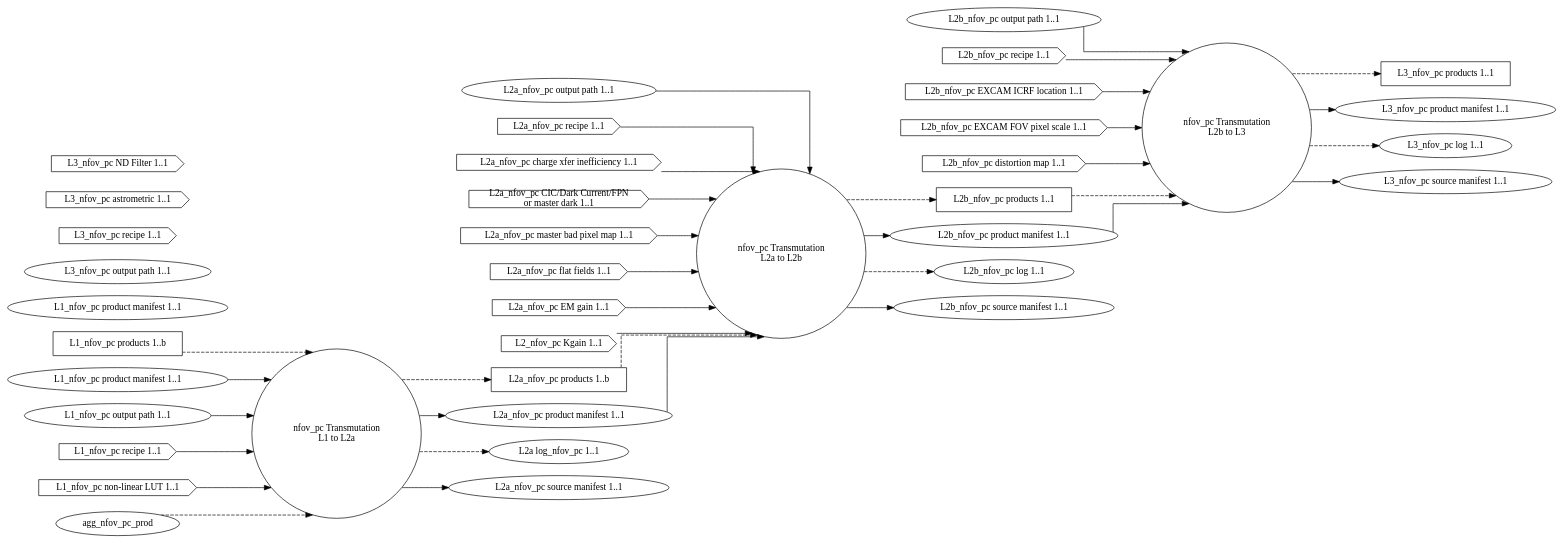
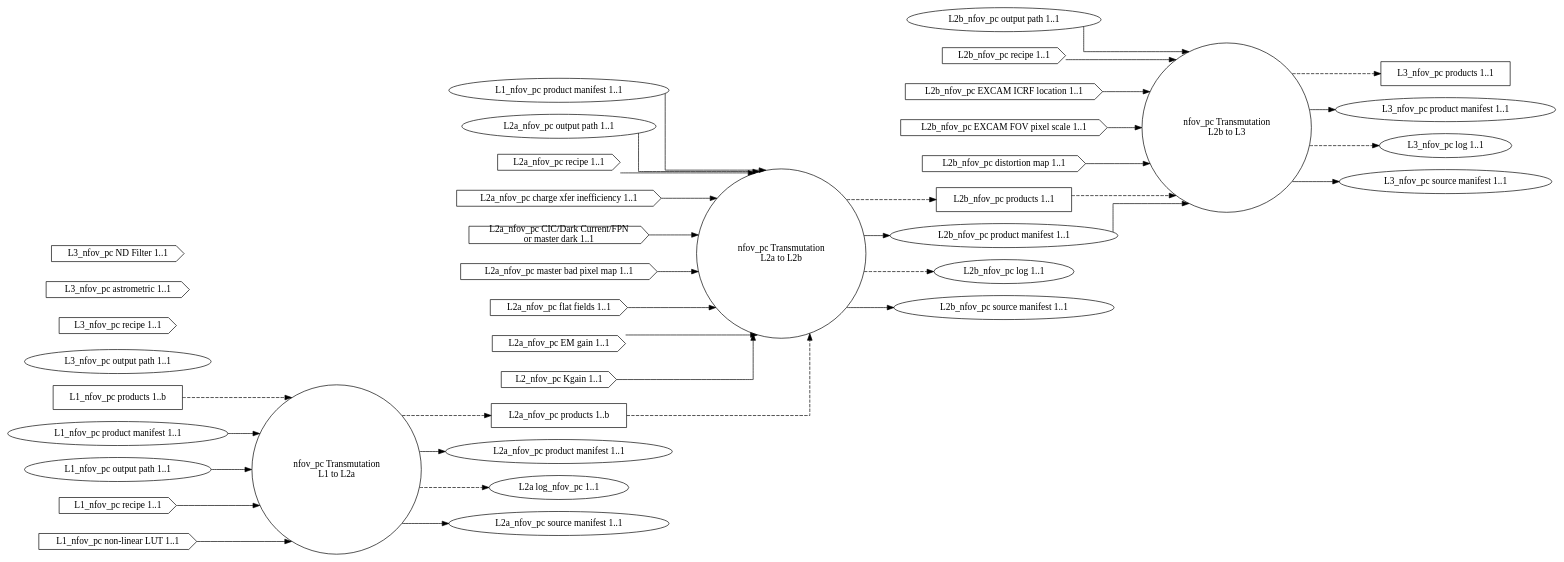
The diagram in dip/basis/ch_nfov_pc.dot (roman-corgi/ctc-dip), drawn with Graphviz before and after one commit. The commit also changed 2 other files, not shown here.

```diff
--- a/dip/basis/ch_nfov_pc.dot
+++ b/dip/basis/ch_nfov_pc.dot
@@ -1,80 +1,79 @@
 digraph NarrowFieldOfViewPhotonCount {
 graph [splines="ortho", rankdir=LR];
 trans_nfov_pc_l1_l2a [label="nfov_pc Transmutation\nL1 to L2a", shape="circle", runname="l1.transmutation_nfov_pc", runtype="dawgie.Algorithm", fsmtype="dip.base.Runner"];
 trans_nfov_pc_l2a_l2b [label="nfov_pc Transmutation\nL2a to L2b", shape="circle", runname="l2a.transmutation_nfov_pc", runtype="dawgie.Algorithm", fsmtype="dip.base.Runner"];
 trans_nfov_pc_l2b_l3 [label="nfov_pc Transmutation\nL2b to L3", shape="circle", runname="l2b.transmutation_nfov_pc", runtype="dawgie.Algorithm", fsmtype="dip.base.Runner"];
 
 l1_nfov_pc_prod [label="L1_nfov_pc products 1..b", shape="rectangle"];
 l1_nfov_pc_man [label="L1_nfov_pc product manifest 1..1", shape="ellipse"];
 agg_nfov_pc_man [label="L1_nfov_pc product manifest 1..1", shape="ellipse"];
 l1_nfov_pc_odir [label="L1_nfov_pc output path 1..1", shape="ellipse"];
 l1_nfov_pc_rec [label="L1_nfov_pc recipe 1..1", shape="cds"];
 l1_nfov_pc_nllut [label="L1_nfov_pc non-linear LUT 1..1", shape="cds"];
 l2a_nfov_pc_prod [label="L2a_nfov_pc products 1..b", shape="rectangle"];
 l2a_nfov_pc_man [label="L2a_nfov_pc product manifest 1..1", shape="ellipse", valname="l1.transmutation_nfov_pc.product.manifest", valtype="dip.base.Manifest"];
 l2a_nfov_pc_odir [label="L2a_nfov_pc output path 1..1", shape="ellipse"];
 l2a_nfov_pc_rec [label="L2a_nfov_pc recipe 1..1", shape="cds"];
 l2a_nfov_pc_cti [label="L2a_nfov_pc charge xfer inefficiency 1..1", shape="cds"];
 l2a_nfov_pc_dnb [label="L2a_nfov_pc CIC/Dark Current/FPN\n or master dark 1..1", shape="cds"];
 l2a_nfov_pc_mbpm [label="L2a_nfov_pc master bad pixel map 1..1", shape="cds"];
 l2a_nfov_pc_ff [label="L2a_nfov_pc flat fields 1..1", shape="cds"];
 l2a_nfov_pc_emg [label="L2a_nfov_pc EM gain 1..1", shape="cds"];
 l2a_nfov_pc_kgain [label="L2_nfov_pc Kgain 1..1", shape="cds"];
 l2a_nfov_pc_log [label="L2a log_nfov_pc 1..1", shape="ellipse"];
 l2b_nfov_pc_prod [label="L2b_nfov_pc products 1..1", shape="rectangle"];
 l2b_nfov_pc_man [label="L2b_nfov_pc product manifest 1..1", shape="ellipse", valname="l2a.transmutation_nfov_pc.product.manifest", valtype="dip.base.Manifest"];
 l2b_nfov_pc_odir [label="L2b_nfov_pc output path 1..1", shape="ellipse"];
 l2b_nfov_pc_rec [label="L2b_nfov_pc recipe 1..1", shape="cds"];
 l2b_nfov_pc_excicrf [label="L2b_nfov_pc EXCAM ICRF location 1..1", shape="cds"];
 l2b_nfov_pc_excfovps [label="L2b_nfov_pc EXCAM FOV pixel scale 1..1", shape="cds"];
 l2b_nfov_pc_distm [label="L2b_nfov_pc distortion map 1..1", shape="cds"];
 l2b_nfov_pc_log [label="L2b_nfov_pc log 1..1", shape="ellipse"];
 l3_nfov_pc_prod [label="L3_nfov_pc products 1..1", shape="rectangle"];
 l3_nfov_pc_odir [label="L3_nfov_pc output path 1..1", shape="ellipse"];
 l3_nfov_pc_man [label="L3_nfov_pc product manifest 1..1", shape="ellipse", valname="l2b.transmutation_nfov_pc.product.manifest", valtype="dip.base.Manifest"];
 l3_nfov_pc_rec [label="L3_nfov_pc recipe 1..1", shape="cds"];
 l3_nfov_pc_ast [label="L3_nfov_pc astrometric 1..1", shape="cds"];
 l3_nfov_pc_ndf [label="L3_nfov_pc ND Filter 1..1", shape="cds"];
 l3_nfov_pc_log [label="L3_nfov_pc log 1..1", shape="ellipse"];
 
 l1_nfov_pc_prod -> trans_nfov_pc_l1_l2a [style="dashed"];
-agg_nfov_pc_prod -> trans_nfov_pc_l1_l2a [style="dashed"];
 l1_nfov_pc_man -> trans_nfov_pc_l1_l2a;
 l1_nfov_pc_odir -> trans_nfov_pc_l1_l2a;
 l1_nfov_pc_rec -> trans_nfov_pc_l1_l2a;
 l1_nfov_pc_nllut -> trans_nfov_pc_l1_l2a;
 trans_nfov_pc_l1_l2a -> l2a_nfov_pc_prod [style="dashed"];
 trans_nfov_pc_l1_l2a -> l2a_nfov_pc_man;
 trans_nfov_pc_l1_l2a -> l2a_nfov_pc_log [style="dashed"];
 l2a_nfov_pc_prod -> trans_nfov_pc_l2a_l2b [style="dashed"];
 l2a_nfov_pc_kgain -> trans_nfov_pc_l2a_l2b;
 l2a_nfov_pc_odir -> trans_nfov_pc_l2a_l2b;
 l2a_nfov_pc_rec -> trans_nfov_pc_l2a_l2b;
 l2a_nfov_pc_cti -> trans_nfov_pc_l2a_l2b;
 l2a_nfov_pc_dnb -> trans_nfov_pc_l2a_l2b;
 l2a_nfov_pc_mbpm -> trans_nfov_pc_l2a_l2b;
 l2a_nfov_pc_ff -> trans_nfov_pc_l2a_l2b;
 l2a_nfov_pc_emg -> trans_nfov_pc_l2a_l2b;
 trans_nfov_pc_l2a_l2b -> l2b_nfov_pc_prod [style="dashed"];
 trans_nfov_pc_l2a_l2b -> l2b_nfov_pc_man;
 trans_nfov_pc_l2a_l2b -> l2b_nfov_pc_log [style="dashed"];
-l2a_nfov_pc_man -> trans_nfov_pc_l2a_l2b;
+agg_nfov_pc_man -> trans_nfov_pc_l2a_l2b;
 l2b_nfov_pc_prod -> trans_nfov_pc_l2b_l3 [style="dashed"];
 l2b_nfov_pc_man -> trans_nfov_pc_l2b_l3;
 l2b_nfov_pc_odir -> trans_nfov_pc_l2b_l3;
 l2b_nfov_pc_rec -> trans_nfov_pc_l2b_l3;
 l2b_nfov_pc_excicrf -> trans_nfov_pc_l2b_l3;
 l2b_nfov_pc_excfovps -> trans_nfov_pc_l2b_l3;
 l2b_nfov_pc_distm -> trans_nfov_pc_l2b_l3;
 trans_nfov_pc_l2b_l3 -> l3_nfov_pc_prod [style="dashed"];
 trans_nfov_pc_l2b_l3 -> l3_nfov_pc_man;
 trans_nfov_pc_l2b_l3 -> l3_nfov_pc_log [style="dashed"];
 
 l2a_nfov_pc_src [label="L2a_nfov_pc source manifest 1..1", shape="ellipse", valname="l1.transmutation_nfov_pc.source.manifest", valtype="dip.base.Manifest"];
 l2b_nfov_pc_src [label="L2b_nfov_pc source manifest 1..1", shape="ellipse", valname="l2a.transmutation_nfov_pc.source.manifest", valtype="dip.base.Manifest"];
 l3_nfov_pc_src [label="L3_nfov_pc source manifest 1..1", shape="ellipse", valname="l2b.transmutation_nfov_pc.source.manifest", valtype="dip.base.Manifest"];
 
 trans_nfov_pc_l1_l2a -> l2a_nfov_pc_src;
 trans_nfov_pc_l2a_l2b -> l2b_nfov_pc_src;
 trans_nfov_pc_l2b_l3 -> l3_nfov_pc_src;
 }
```
